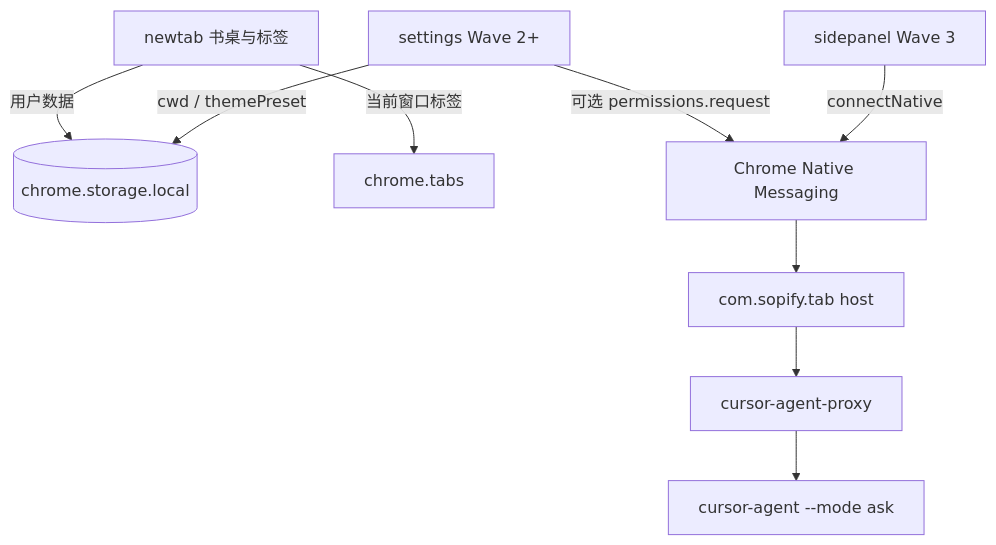
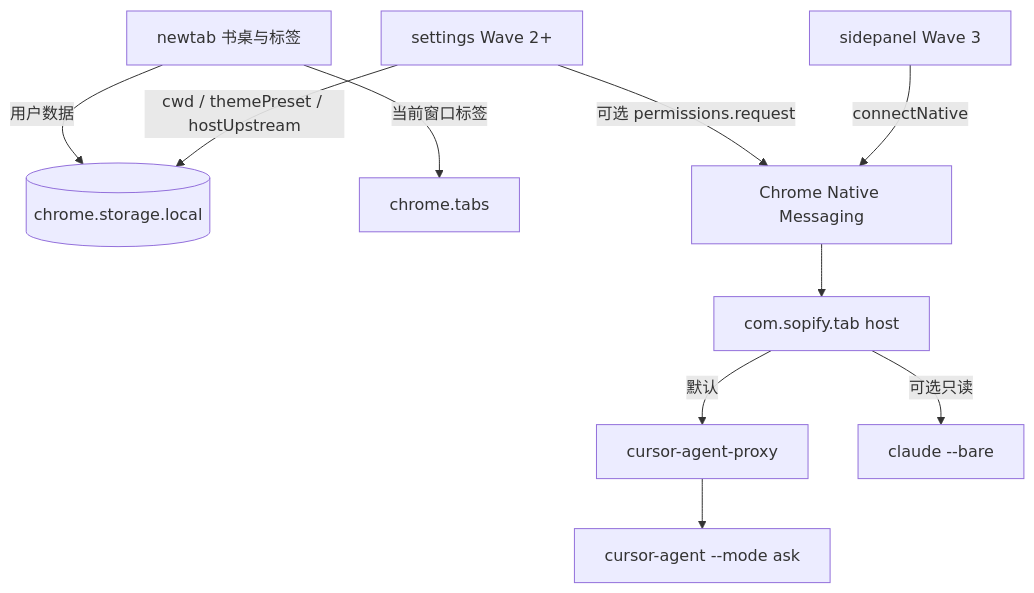
Before and after one commit to Li-Sanze/sopify-tab: the diagram in .sopify/plan/20260903_sopify_tab/design.md, drawn with Mermaid. The commit also changed other lines of this file and 13 other files, not shown here.

First line of the commit message:
feat(w6): thin multi-host table + Claude readonly ask

````diff
--- a/.sopify/plan/20260903_sopify_tab/design.md
+++ b/.sopify/plan/20260903_sopify_tab/design.md
@@ -17,12 +17,13 @@
 ```mermaid
 flowchart TD
   NTP[newtab 书桌与标签]
   NTP -->|用户数据| ST[(chrome.storage.local)]
   NTP -->|当前窗口标签| TABS[chrome.tabs]
-  SET[settings Wave 2+] -->|cwd / themePreset| ST
+  SET[settings Wave 2+] -->|cwd / themePreset / hostUpstream| ST
   SET -->|可选 permissions.request| NM[Chrome Native Messaging]
   SP[sidepanel Wave 3] -->|connectNative| NM
   NM --> HOST[com.sopify.tab host]
-  HOST --> PROXY[cursor-agent-proxy]
+  HOST -->|默认| PROXY[cursor-agent-proxy]
+  HOST -->|可选只读| CLAUDE[claude --bare]
   PROXY --> CLI[cursor-agent --mode ask]
 ```
````
